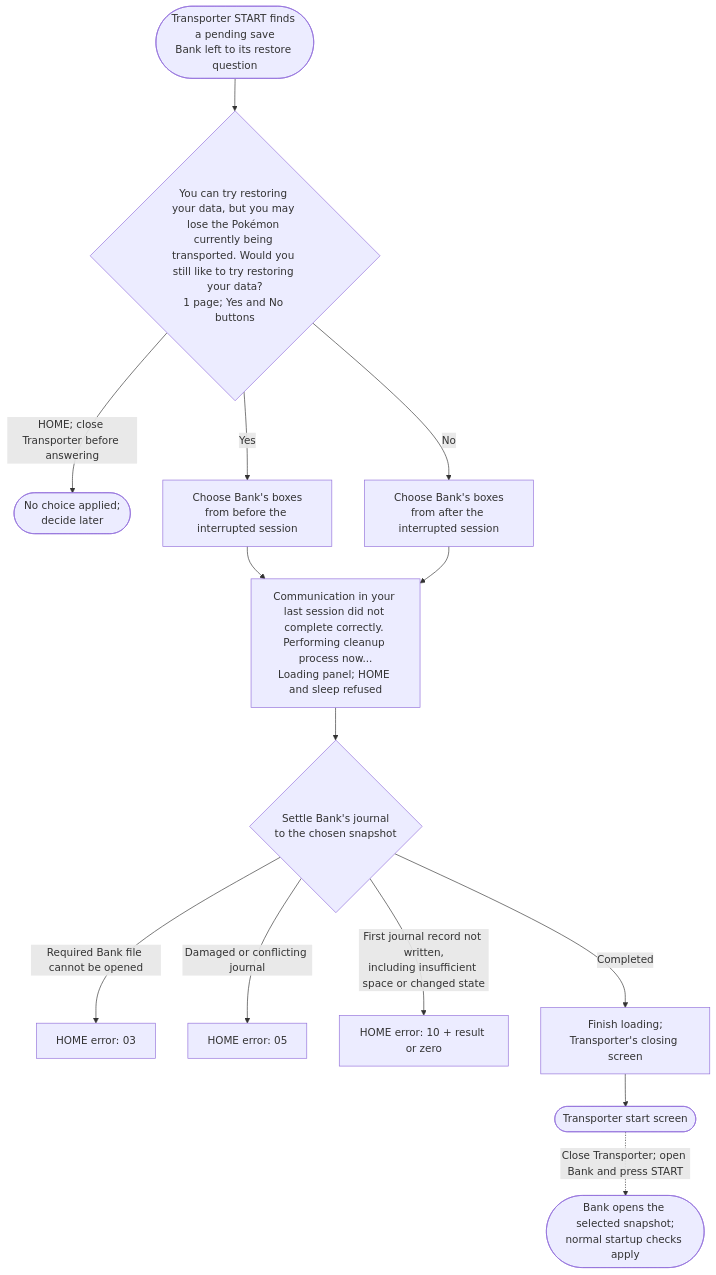
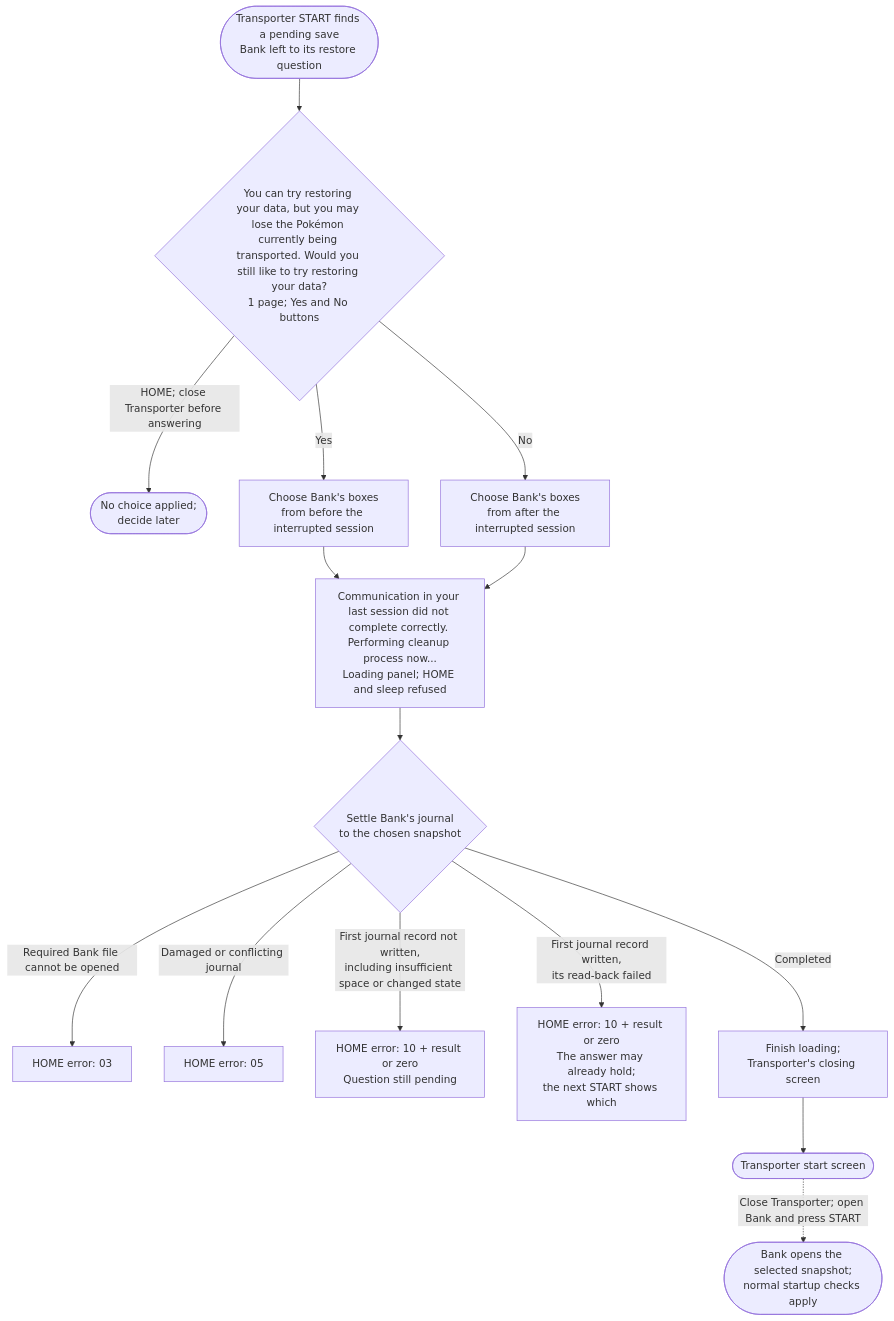
One commit to devEnju/offline_bank changed the fifth of 7 diagrams in docs/errors.md. Above: the diagram before and after it, drawn with Mermaid. The commit also changed 1 other file, not shown here.

Commit message:
the restore diagram shows the error 10 after which the answer may already hold, and the bank guide says that taking the game out makes bank wait for it instead of deciding

````diff
--- a/docs/errors.md
+++ b/docs/errors.md
@@ -263,16 +263,17 @@
 ```mermaid
 flowchart TD
     START(["Transporter START finds a pending save<br/>Bank left to its restore question"]) --> QUESTION{"You can try restoring your data, but you may lose the Pokémon currently being transported. Would you still like to try restoring your data?<br/>1 page; Yes and No buttons"}
     QUESTION -->|"HOME; close Transporter before answering"| LATER(["No choice applied;<br/>decide later"])
     QUESTION -->|"Yes"| BEFORE["Choose Bank's boxes<br/>from before the interrupted session"]
     QUESTION -->|"No"| AFTER["Choose Bank's boxes<br/>from after the interrupted session"]
     BEFORE --> PANEL["Communication in your last session did not complete correctly. Performing cleanup process now...<br/>Loading panel; HOME and sleep refused"]
     AFTER --> PANEL
     PANEL --> SETTLE{"Settle Bank's journal<br/>to the chosen snapshot"}
     SETTLE -->|"Required Bank file cannot be opened"| F3["HOME error: 03"]
     SETTLE -->|"Damaged or conflicting journal"| F5["HOME error: 05"]
-    SETTLE -->|"First journal record not written,<br/>including insufficient space or changed state"| F10["HOME error: 10 + result or zero"]
+    SETTLE -->|"First journal record not written,<br/>including insufficient space or changed state"| F10["HOME error: 10 + result or zero<br/>Question still pending"]
+    SETTLE -->|"First journal record written,<br/>its read-back failed"| F10U["HOME error: 10 + result or zero<br/>The answer may already hold;<br/>the next START shows which"]
     SETTLE -->|"Completed"| CLOSE["Finish loading;<br/>Transporter's closing screen"]
     CLOSE --> TITLE(["Transporter start screen"])
     TITLE -.->|"Close Transporter; open Bank and press START"| BANK(["Bank opens the selected snapshot;<br/>normal startup checks apply"])
 ```
````
